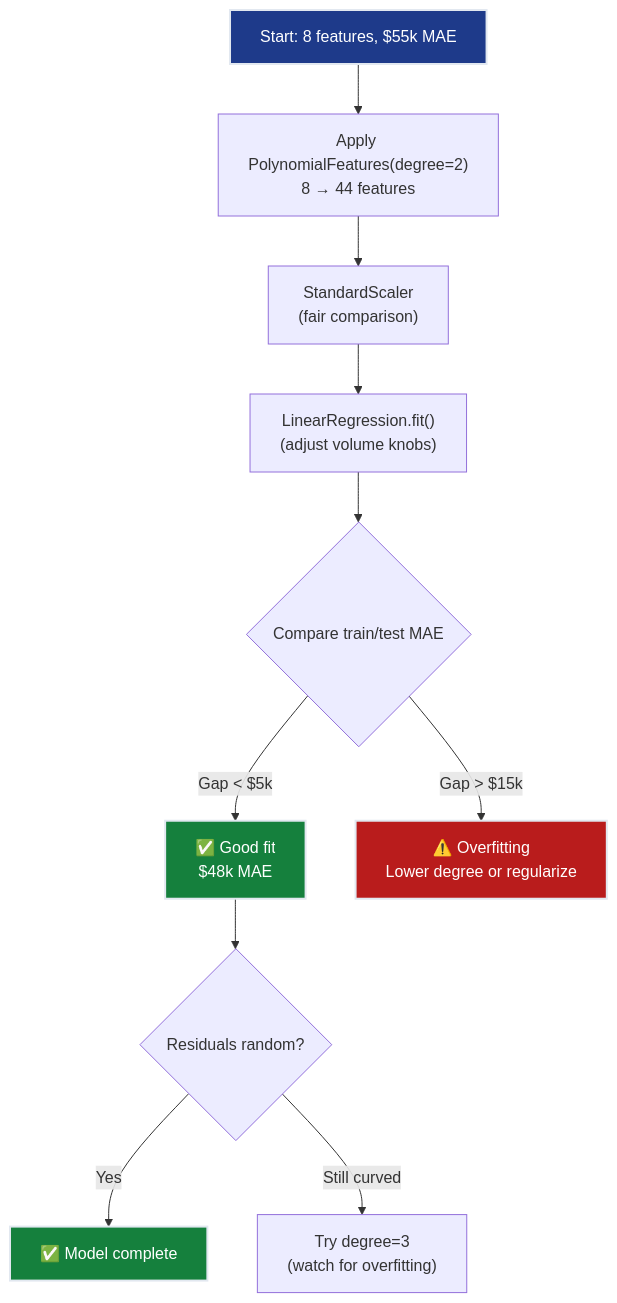
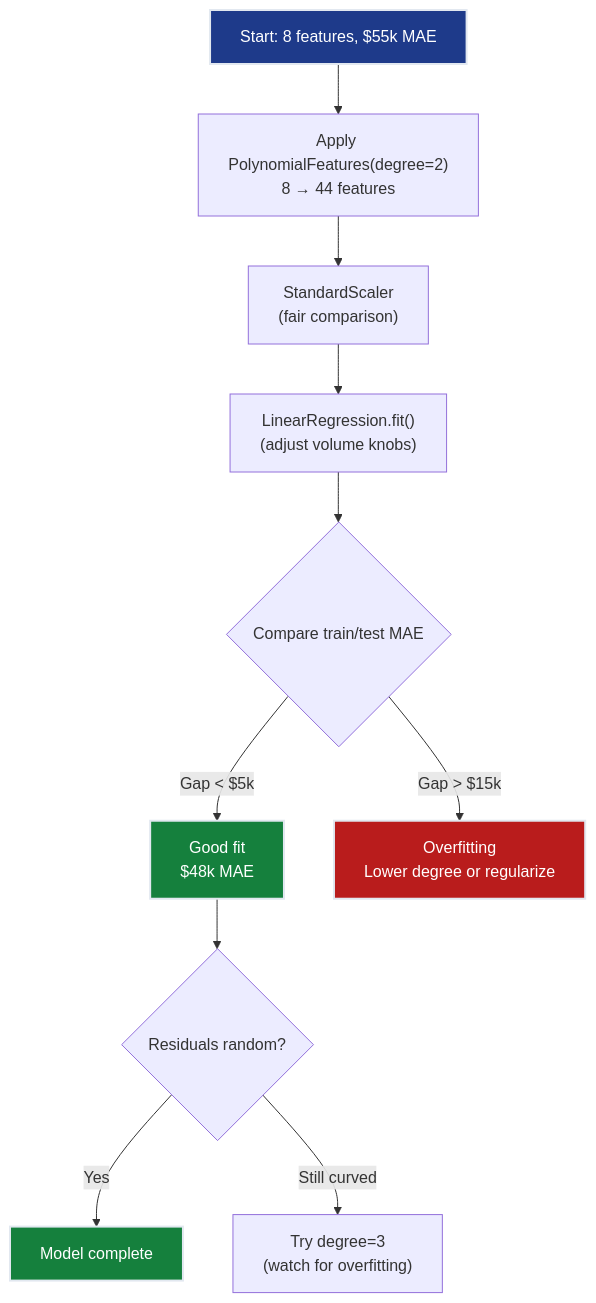
One commit to dsgouda7/ai-portfolio changed the third of 7 diagrams in notes/01-ml/01-regression/ch04_polynomial_features/README.md. Above: the diagram before and after it, drawn with Mermaid. The commit also changed other lines of this file and 179 other files, not shown here.

````diff
--- a/notes/01-ml/01-regression/ch04_polynomial_features/README.md
+++ b/notes/01-ml/01-regression/ch04_polynomial_features/README.md
@@ -365,19 +365,19 @@
 ```mermaid
 flowchart TD
-    START["Start: 8 features, $55k MAE"] --> POLY["Apply PolynomialFeatures(degree=2)<br/>8 → 44 features"]
-    POLY --> SCALE["StandardScaler<br/>(fair comparison)"]
-    SCALE --> FIT["LinearRegression.fit()<br/>(adjust volume knobs)"]
-    FIT --> EVAL{"Compare train/test MAE"}
-    
-    EVAL -->|"Gap < $5k"| OK["✅ Good fit<br/>$48k MAE"]
-    EVAL -->|"Gap > $15k"| OVERFIT["⚠️ Overfitting<br/>Lower degree or regularize"]
-    
-    OK --> CHECK{"Residuals random?"}
-    CHECK -->|"Yes"| DONE["✅ Model complete"]
-    CHECK -->|"Still curved"| TRY3["Try degree=3<br/>(watch for overfitting)"]
-    
-    style START fill:#1e3a8a,stroke:#e2e8f0,stroke-width:2px,color:#ffffff
-    style OK fill:#15803d,stroke:#e2e8f0,stroke-width:2px,color:#ffffff
-    style DONE fill:#15803d,stroke:#e2e8f0,stroke-width:2px,color:#ffffff
-    style OVERFIT fill:#b91c1c,stroke:#e2e8f0,stroke-width:2px,color:#ffffff
+ START["Start: 8 features, $55k MAE"] --> POLY["Apply PolynomialFeatures(degree=2)<br/>8 → 44 features"]
+ POLY --> SCALE["StandardScaler<br/>(fair comparison)"]
+ SCALE --> FIT["LinearRegression.fit()<br/>(adjust volume knobs)"]
+ FIT --> EVAL{"Compare train/test MAE"}
+
+ EVAL -->|"Gap < $5k"| OK[" Good fit<br/>$48k MAE"]
+ EVAL -->|"Gap > $15k"| OVERFIT[" Overfitting<br/>Lower degree or regularize"]
+
+ OK --> CHECK{"Residuals random?"}
+ CHECK -->|"Yes"| DONE[" Model complete"]
+ CHECK -->|"Still curved"| TRY3["Try degree=3<br/>(watch for overfitting)"]
+
+ style START fill:#1e3a8a,stroke:#e2e8f0,stroke-width:2px,color:#ffffff
+ style OK fill:#15803d,stroke:#e2e8f0,stroke-width:2px,color:#ffffff
+ style DONE fill:#15803d,stroke:#e2e8f0,stroke-width:2px,color:#ffffff
+ style OVERFIT fill:#b91c1c,stroke:#e2e8f0,stroke-width:2px,color:#ffffff
 ```
````
